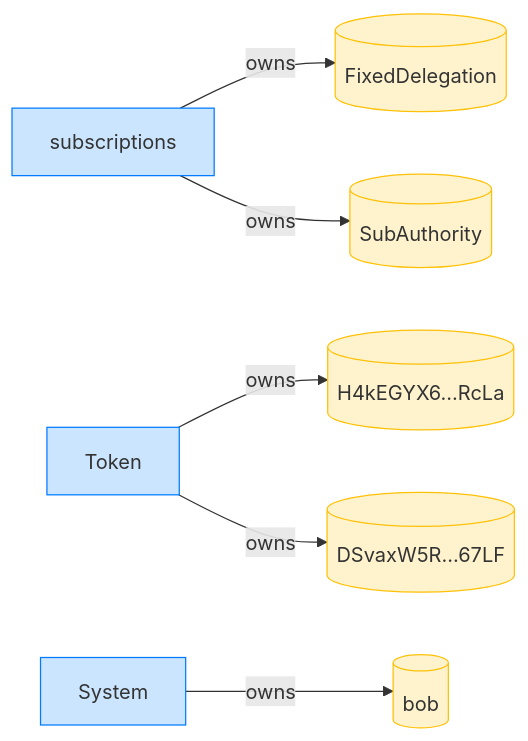
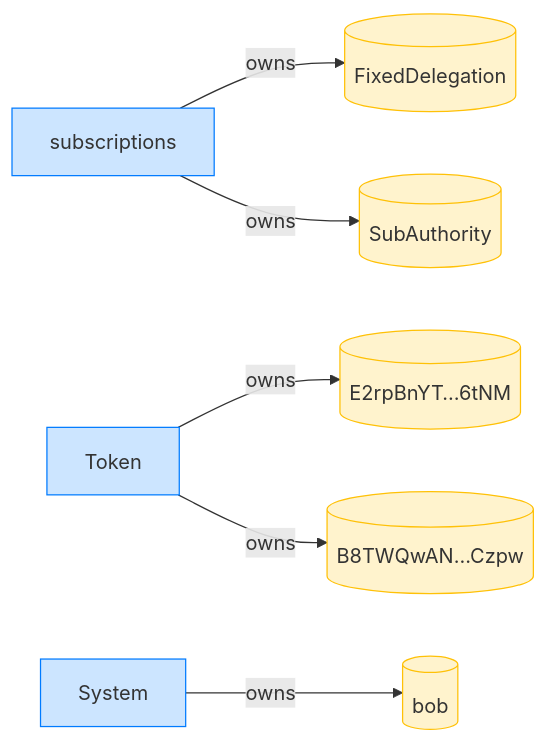
One commit to cds-rs/subscriptions changed diagram 12 of 12 in dsl_tests/fixed-transfer-to-a-third-party.md. Above: the diagram before and after it, drawn with Mermaid. The commit also changed other lines of this file and 224 other files, not shown here.

````diff
--- a/dsl_tests/fixed-transfer-to-a-third-party.md
+++ b/dsl_tests/fixed-transfer-to-a-third-party.md
@@ -230,18 +244,18 @@
 ```mermaid
 flowchart LR
     classDef owner fill:#cce5ff,stroke:#007bff;
     classDef account fill:#fff3cd,stroke:#ffc107;
     subscriptions[subscriptions]:::owner
     FixedDelegation[(FixedDelegation)]:::account
     SubAuthority[(SubAuthority)]:::account
     Token[Token]:::owner
-    H4kEGYX6_RcLa[("H4kEGYX6…RcLa")]:::account
-    DSvaxW5R_67LF[("DSvaxW5R…67LF")]:::account
+    E2rpBnYT_6tNM[("E2rpBnYT…6tNM")]:::account
+    B8TWQwAN_Czpw[("B8TWQwAN…Czpw")]:::account
     System[System]:::owner
     bob[(bob)]:::account
     subscriptions -->|owns| FixedDelegation
     subscriptions -->|owns| SubAuthority
-    Token -->|owns| H4kEGYX6_RcLa
-    Token -->|owns| DSvaxW5R_67LF
+    Token -->|owns| E2rpBnYT_6tNM
+    Token -->|owns| B8TWQwAN_Czpw
     System -->|owns| bob
 ```
````
